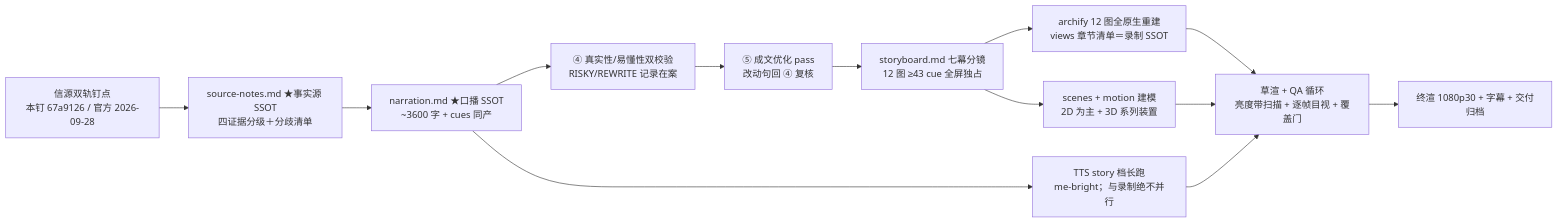
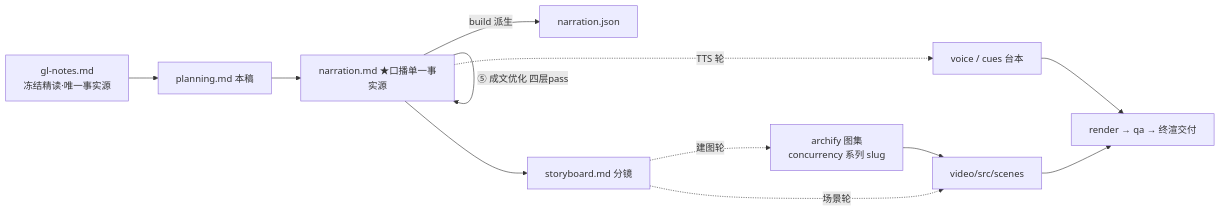
One commit to ThreeFish-AI/negentropy changed the diagram in apps/negentropy-influence/episodes/claude-code-concurrency-video/script/planning.md. Above: the diagram before and after it, drawn with Mermaid. The commit also changed other lines of this file and 10 other files, not shown here.

````diff
--- a/apps/negentropy-influence/episodes/claude-code-concurrency-video/script/planning.md
+++ b/apps/negentropy-influence/episodes/claude-code-concurrency-video/script/planning.md
@@ -93,13 +78,15 @@
 ```mermaid
 flowchart LR
-    A[信源双轨钉点<br/>本钉 67a9126 / 官方 2026-09-28] --> B[source-notes.md ★事实源 SSOT<br/>四证据分级＋分歧清单]
-    B --> C[narration.md ★口播 SSOT<br/>~3600 字 + cues 同产]
-    C --> D[④ 真实性/易懂性双校验<br/>RISKY/REWRITE 记录在案]
-    D --> E[⑤ 成文优化 pass<br/>改动句回 ④ 复核]
-    E --> F[storyboard.md 七幕分镜<br/>12 图 ≥43 cue 全屏独占]
-    F --> G[archify 12 图全原生重建<br/>views 章节清单＝录制 SSOT]
-    F --> H[scenes + motion 建模<br/>2D 为主 + 3D 系列装置]
-    C --> I[TTS story 档长跑<br/>me-bright；与录制绝不并行]
-    G & H & I --> J[草渲 + QA 循环<br/>亮度带扫描 + 逐帧目视 + 覆盖门]
-    J --> K[终渲 1080p30 + 字幕 + 交付归档]
+    A[gl-notes.md<br/>冻结精读·唯一事实源] --> B[planning.md 本稿]
+    B --> C[narration.md ★口播单一事实源]
+    C -->|build 派生| C2[narration.json]
+    C -->|④ 真实性+易懂性| C
+    C -->|⑤ 成文优化 四层pass| C
+    C --> D[storyboard.md 分镜]
+    D -.->|场景轮| E[video/src/scenes]
+    D -.->|建图轮| F[archify 图集<br/>concurrency 系列 slug]
+    C -.->|TTS 轮| G[voice / cues 台本]
+    E --> H[render → qa → 终渲交付]
+    F --> E
+    G --> H
 ```
````
